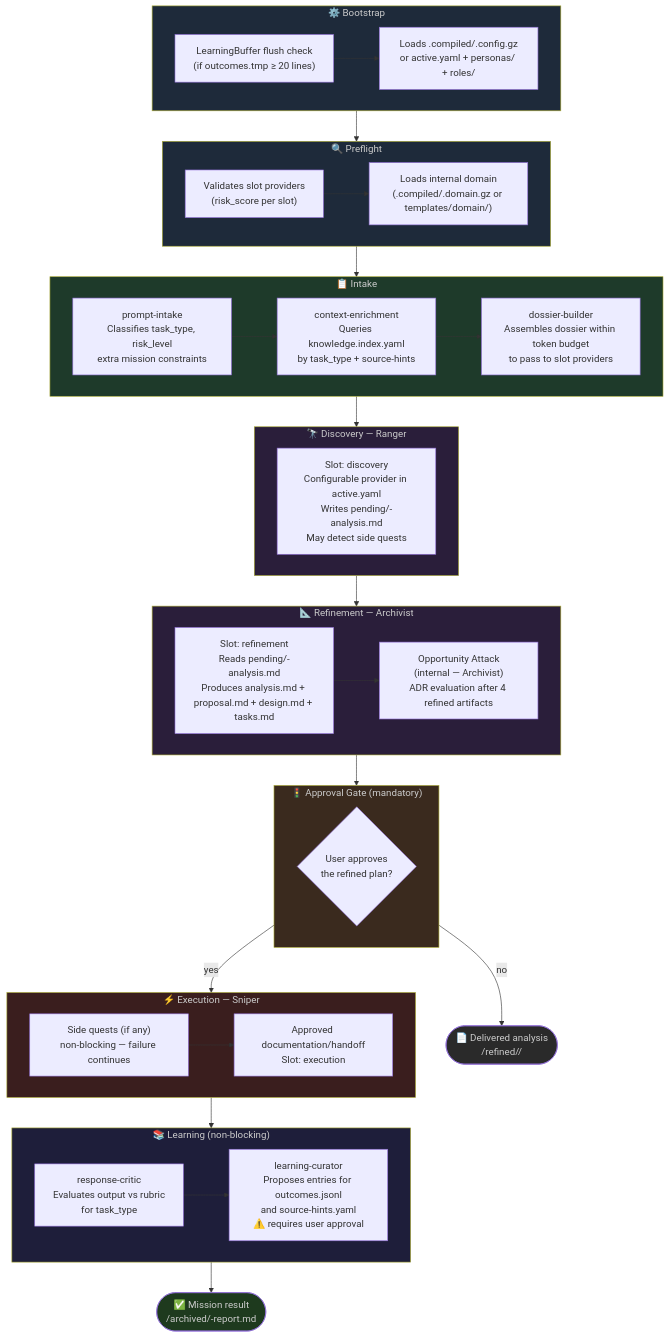
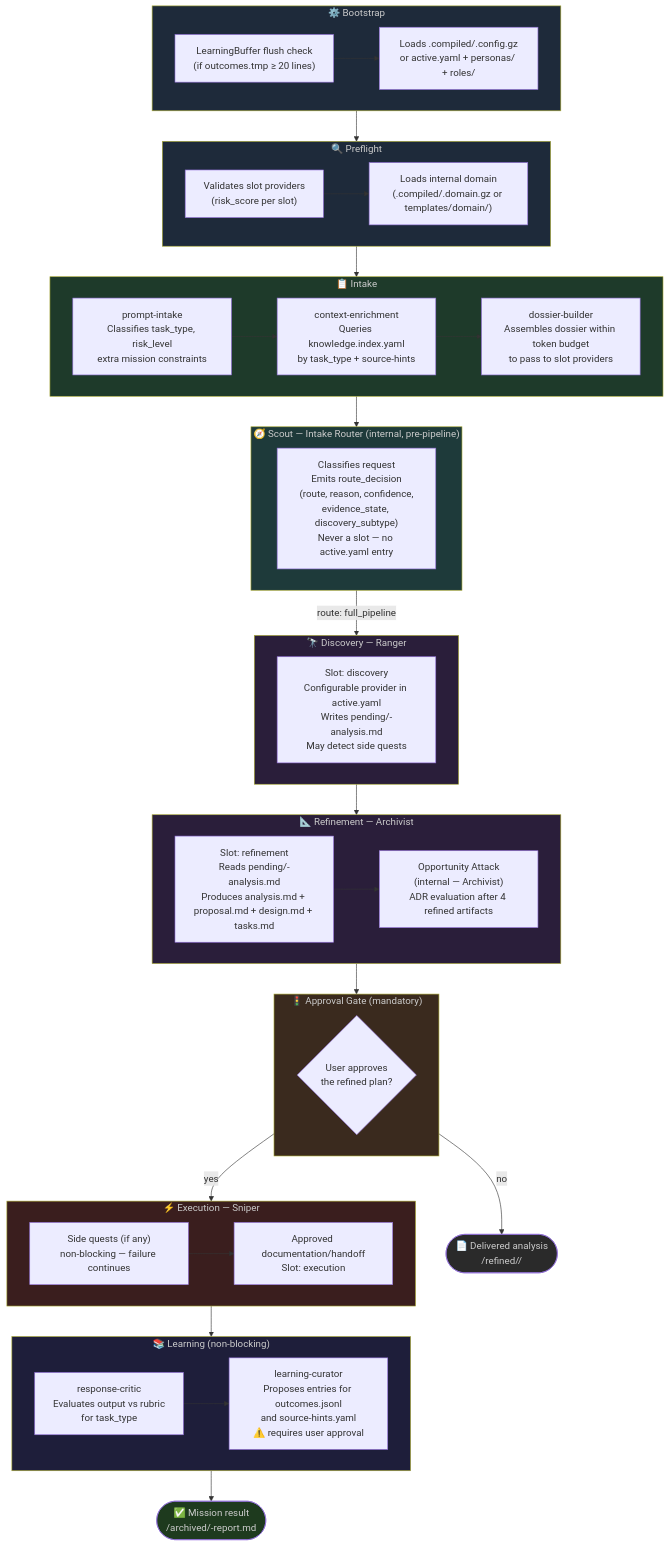
The fourth of 5 diagrams in docs/c4-diagrams.md (SergioLacerda/strategist-skill), drawn with Mermaid before and after one commit. The commit also changed other lines of this file and 26 other files, not shown here.

````diff
--- a/docs/c4-diagrams.md
+++ b/docs/c4-diagrams.md
@@ -103,65 +103,71 @@
 ```mermaid
 flowchart TD
     subgraph bootstrap["⚙️ Bootstrap"]
         B1["LearningBuffer flush check\n(if outcomes.tmp ≥ 20 lines)"]
         B2["Loads .compiled/.config.gz\nor active.yaml + personas/ + roles/"]
         B1 --> B2
     end
 
     subgraph preflight["🔍 Preflight"]
         P1["Validates slot providers\n(risk_score per slot)"]
         P2["Loads internal domain\n(.compiled/.domain.gz or templates/domain/)"]
         P1 --> P2
     end
 
     subgraph intake["📋 Intake"]
         I1["prompt-intake\nClassifies task_type, risk_level\nextra mission constraints"]
         I2["context-enrichment\nQueries knowledge.index.yaml\nby task_type + source-hints"]
         I3["dossier-builder\nAssembles dossier within token budget\nto pass to slot providers"]
         I1 --> I2 --> I3
+    end
+
+    subgraph scout["🧭 Scout — Intake Router (internal, pre-pipeline)"]
+        SC1["Classifies request\nEmits route_decision\n(route, reason, confidence,\nevidence_state, discovery_subtype)\nNever a slot — no active.yaml entry"]
     end
 
     subgraph discovery["🔭 Discovery — Ranger"]
         D1["Slot: discovery\nConfigurable provider in active.yaml\nWrites pending/<id>-analysis.md\nMay detect side quests"]
     end
 
     subgraph refinement["📐 Refinement — Archivist"]
         R1["Slot: refinement\nReads pending/<id>-analysis.md\nProduces analysis.md + proposal.md + design.md + tasks.md"]
         R2["Opportunity Attack\n(internal — Archivist)\nADR evaluation after 4 refined artifacts"]
         R1 --> R2
     end
 
     subgraph gate["🚦 Approval Gate (mandatory)"]
         AG{"User approves\nthe refined plan?"}
     end
 
     subgraph execution["⚡ Execution — Sniper"]
         E1["Side quests (if any)\nnon-blocking — failure continues"]
         E2["Approved documentation/handoff\nSlot: execution"]
         E1 --> E2
     end
 
     subgraph learning["📚 Learning (non-blocking)"]
         L1["response-critic\nEvaluates output vs rubric\nfor task_type"]
         L2["learning-curator\nProposes entries for outcomes.jsonl\nand source-hints.yaml\n⚠️ requires user approval"]
         L1 --> L2
     end
 
     RESULT(["✅ Mission result\n<base_path>/archived/<id>-report.md"])
     NO_EXEC(["📄 Delivered analysis\n<base_path>/refined/<id>/"])
 
-    bootstrap --> preflight --> intake --> discovery --> refinement --> gate
+    bootstrap --> preflight --> intake --> scout
+    scout -- "route: full_pipeline" --> discovery --> refinement --> gate
     gate -- "yes" --> execution --> learning --> RESULT
     gate -- "no" --> NO_EXEC
 
     style bootstrap fill:#1e2a3a,color:#ccc
     style preflight fill:#1e2a3a,color:#ccc
     style intake fill:#1e3a2a,color:#ccc
+    style scout fill:#1e3a3a,color:#ccc
     style discovery fill:#2a1e3a,color:#ccc
     style refinement fill:#2a1e3a,color:#ccc
     style gate fill:#3a2a1e,color:#ccc
     style execution fill:#3a1e1e,color:#ccc
     style learning fill:#1e1e3a,color:#ccc
     style RESULT fill:#1e3a1e,color:#ccc
     style NO_EXEC fill:#2a2a2a,color:#ccc
 ```
````
